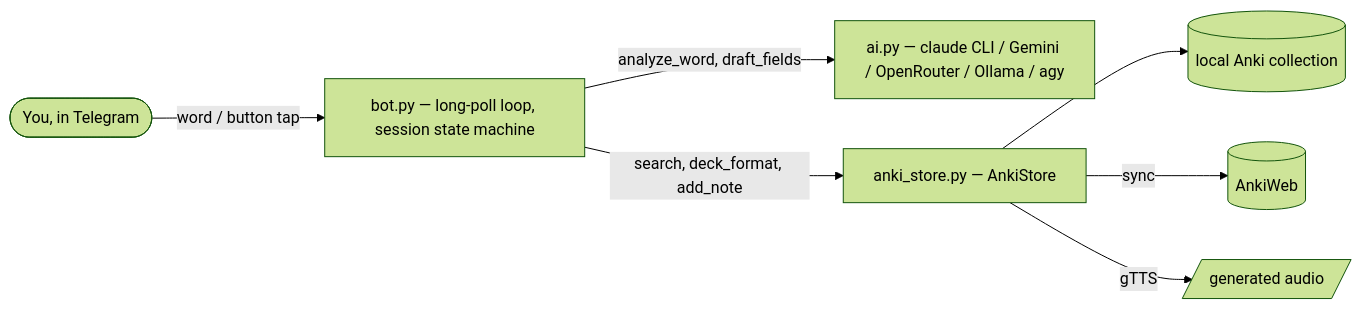
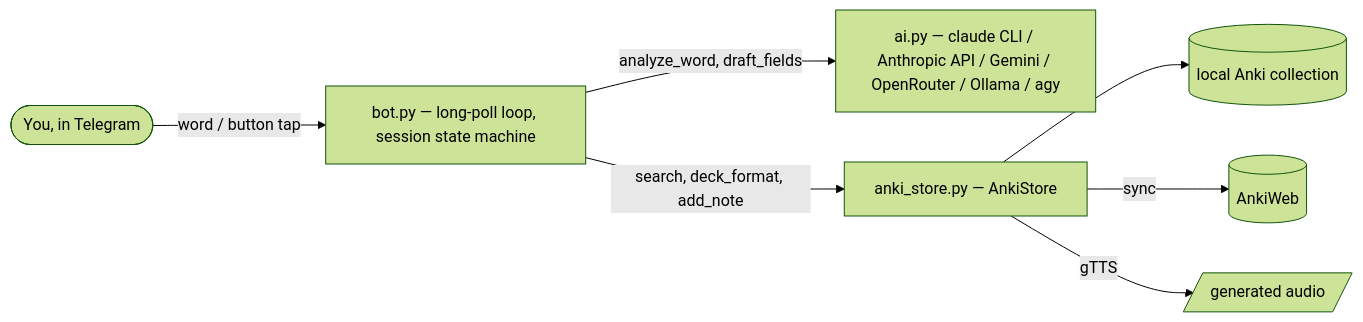
One commit to LePomas/anki-telegram changed the diagram in README.md. Above: the diagram before and after it, drawn with Mermaid (forest theme). The commit also changed other lines of this file and 5 other files, not shown here.

First line of the commit message:
Add AI_PROVIDER=anthropic: direct Claude API key, no CLI install needed

````diff
--- a/README.md
+++ b/README.md
@@ -59,9 +60,9 @@
 ```mermaid
 flowchart LR
     user([You, in Telegram]) -->|word / button tap| bot["bot.py — long-poll loop, session state machine"]
-    bot -->|analyze_word, draft_fields| ai["ai.py — claude CLI / Gemini / OpenRouter / Ollama / agy"]
+    bot -->|analyze_word, draft_fields| ai["ai.py — claude CLI / Anthropic API / Gemini / OpenRouter / Ollama / agy"]
     bot -->|search, deck_format, add_note| store["anki_store.py — AnkiStore"]
     store --> col[(local Anki collection)]
     store -->|sync| web[(AnkiWeb)]
     store -->|gTTS| audio[/generated audio/]
 ```
````
